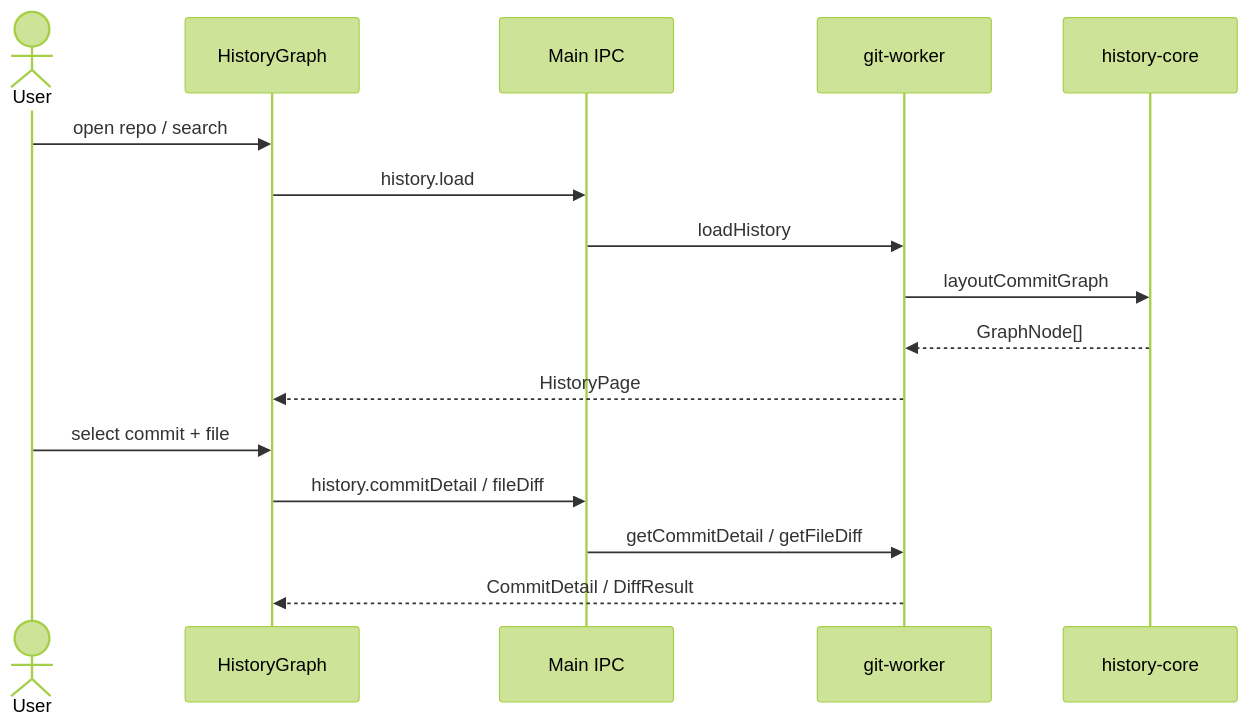
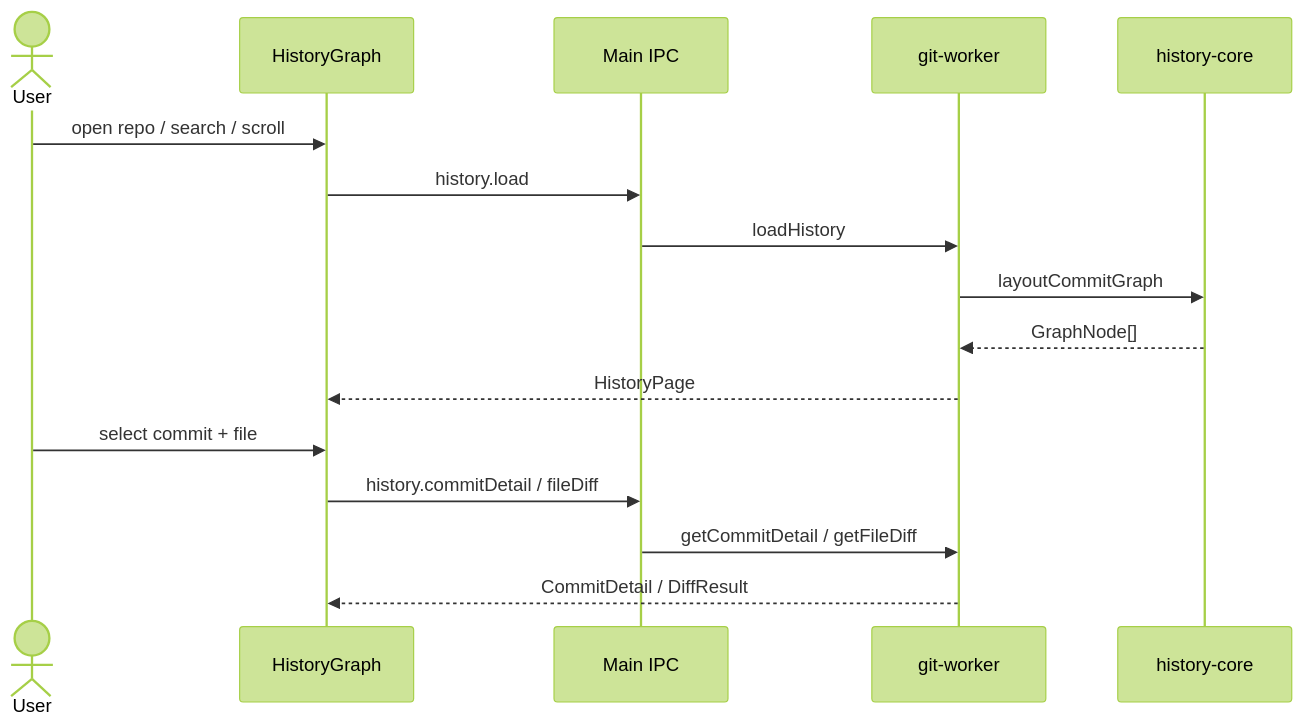
One commit to Maks417/GitManager changed the diagram in docs/features/history-graph.md. Above: the diagram before and after it, drawn with Mermaid (forest theme). The commit also changed other lines of this file and 18 other files, not shown here.

````diff
--- a/docs/features/history-graph.md
+++ b/docs/features/history-graph.md
@@ -39,18 +52,18 @@
 ```mermaid
 sequenceDiagram
   actor User
   participant UI as HistoryGraph
   participant Main as Main IPC
   participant Git as git-worker
   participant Layout as history-core
-  User->>UI: open repo / search
+  User->>UI: open repo / search / scroll
   UI->>Main: history.load
   Main->>Git: loadHistory
   Git->>Layout: layoutCommitGraph
   Layout-->>Git: GraphNode[]
   Git-->>UI: HistoryPage
   User->>UI: select commit + file
   UI->>Main: history.commitDetail / fileDiff
   Main->>Git: getCommitDetail / getFileDiff
   Git-->>UI: CommitDetail / DiffResult
 ```
````
